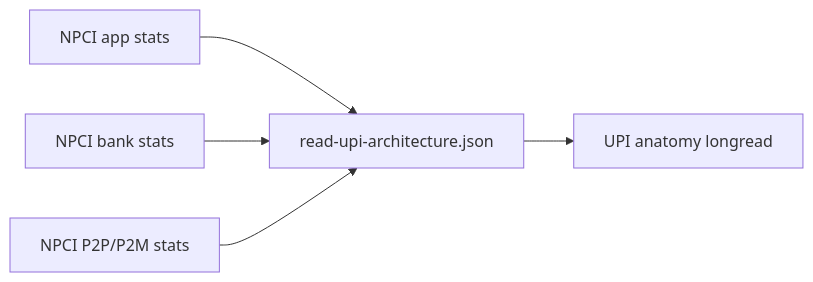
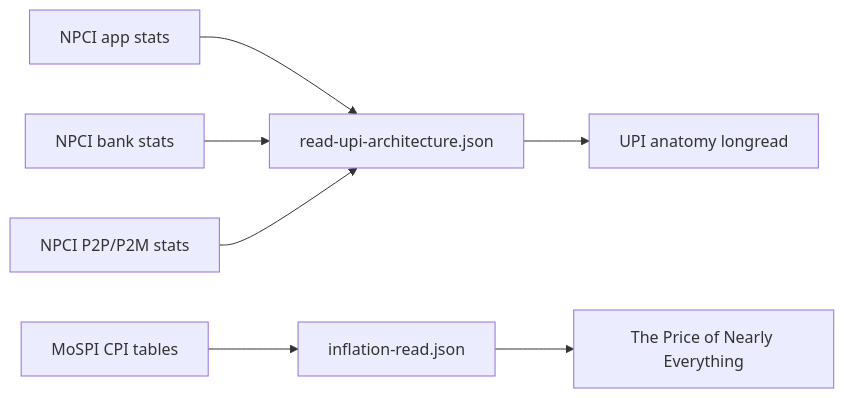
The third of 4 diagrams in docs/pipeline.md (time-series-of-india/tsoi), drawn with Mermaid before and after one commit. The commit also changed other lines of this file and 141 other files, not shown here.

First line of the commit message:
dispatch-2: an inflation read, a mountain game, the rupee time machine

````diff
--- a/docs/pipeline.md
+++ b/docs/pipeline.md
@@ -73,6 +81,7 @@
 ```mermaid
 flowchart LR
   NA["NPCI app stats"] --> UA["read-upi-architecture.json"] --> R2["UPI anatomy longread"]
   NB["NPCI bank stats"] --> UA
   NP["NPCI P2P/P2M stats"] --> UA
+  MC["MoSPI CPI tables"] --> IR["inflation-read.json"] --> R3["The Price of Nearly Everything"]
 ```
````
